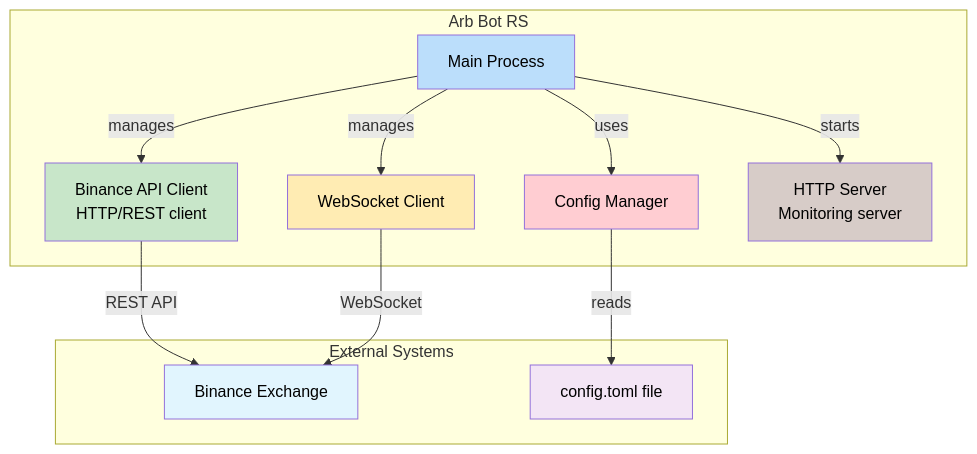
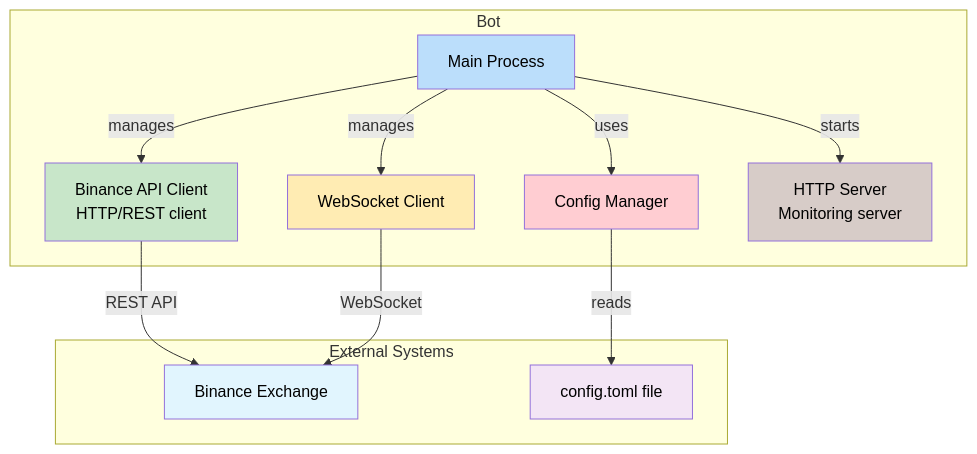
One commit to mkbeh/arb-bot-rs changed the second of 6 diagrams in README.md. Above: the diagram before and after it, drawn with Mermaid. The commit also changed other lines of this file, not shown here.

````diff
--- a/README.md
+++ b/README.md
@@ -52,32 +52,32 @@
 ```mermaid
 flowchart TB
-    subgraph ArbBotRS[Arb Bot RS]
+    subgraph ArbBotRS[Bot]
         MainProcess[Main Process]
         BinanceAPIClient[Binance API Client<br/>HTTP/REST client]
         WSClient[WebSocket Client]
         ConfigManager[Config Manager]
         HTTPServer[HTTP Server<br/>Monitoring server]
 
         MainProcess -->|manages| BinanceAPIClient
         MainProcess -->|manages| WSClient
         MainProcess -->|uses| ConfigManager
         MainProcess -->|starts| HTTPServer
     end
 
     subgraph ExternalSystems[External Systems]
         Binance[Binance Exchange]
         ConfigFile[config.toml file]
     end
 
     BinanceAPIClient -->|REST API| Binance
     WSClient -->|WebSocket| Binance
     ConfigManager -->|reads| ConfigFile
 
     style MainProcess fill:#bbdefb,color:#000000
     style BinanceAPIClient fill:#c8e6c9,color:#000000
     style WSClient fill:#ffecb3,color:#000000
     style ConfigManager fill:#ffcdd2,color:#000000
     style HTTPServer fill:#d7ccc8,color:#000000
     style Binance fill:#e1f5fe,color:#000000
     style ConfigFile fill:#f3e5f5,color:#000000
 ```
````
